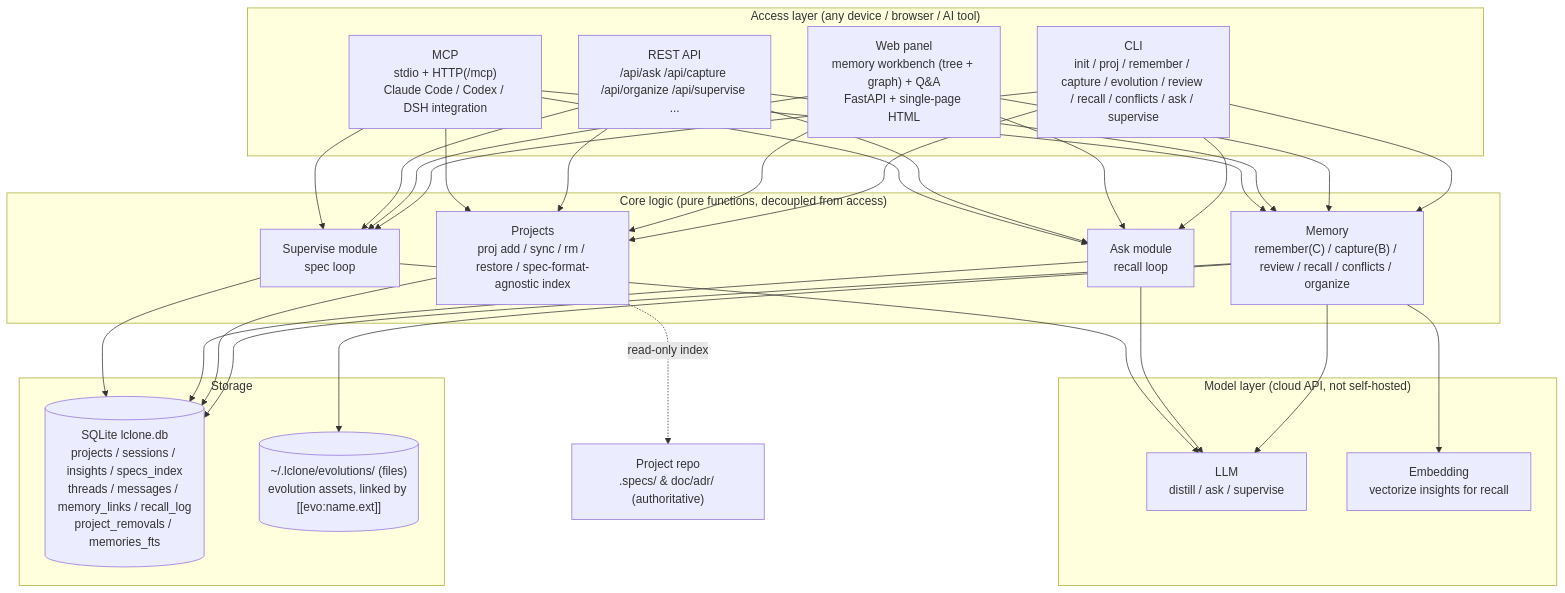
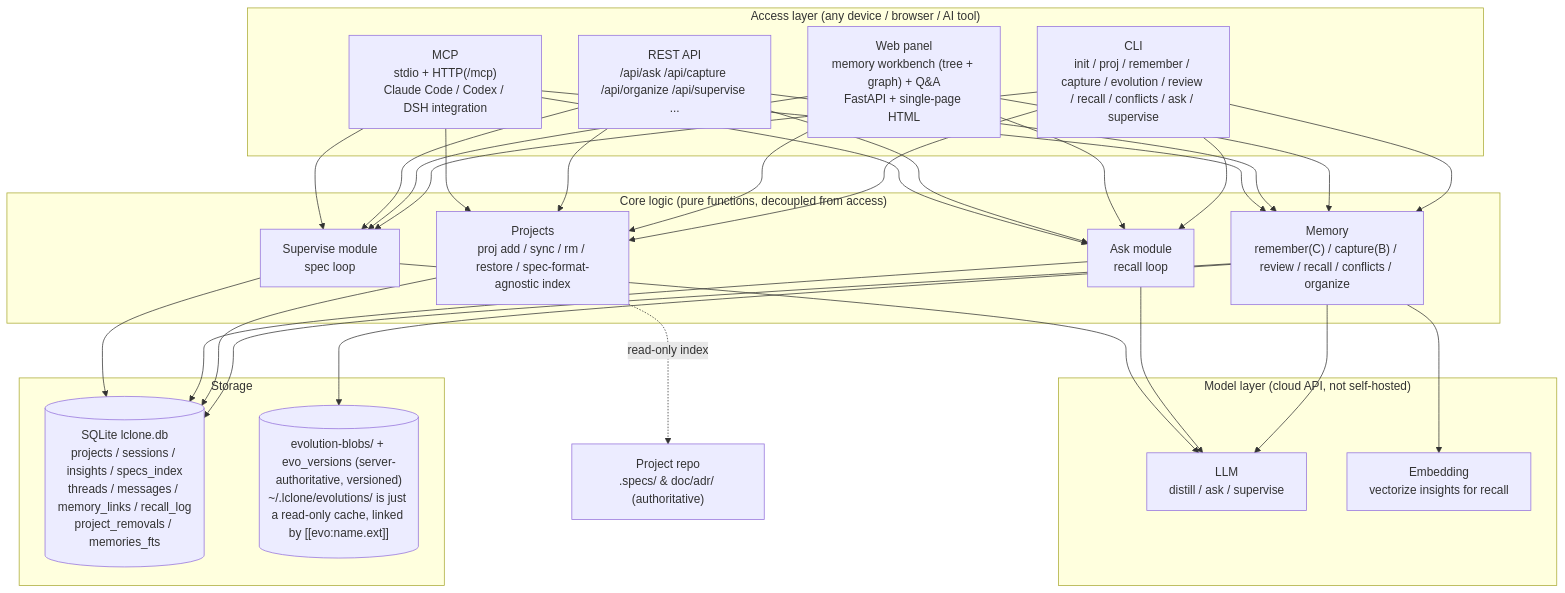
Before and after one commit to ljzRober/L-clone: the diagram in README.md, drawn with Mermaid. The commit also changed other lines of this file and 25 other files, not shown here.

````diff
--- a/README.md
+++ b/README.md
@@ -31,39 +31,39 @@
 ```mermaid
 flowchart TB
     subgraph 访问层["Access layer (any device / browser / AI tool)"]
         CLI["CLI<br/>init / proj / remember / capture / evolution / review / recall / conflicts / ask / supervise"]
         WEB["Web panel<br/>memory workbench (tree + graph) + Q&A<br/>FastAPI + single-page HTML"]
         API["REST API<br/>/api/ask /api/capture /api/organize /api/supervise ..."]
         MCP["MCP<br/>stdio + HTTP(/mcp)<br/>Claude Code / Codex / DSH integration"]
     end
 
     subgraph 核心["Core logic (pure functions, decoupled from access)"]
         MEM["Memory<br/>remember(C) / capture(B) / review / recall / conflicts / organize"]
         PROJ["Projects<br/>proj add / sync / rm / restore / spec-format-agnostic index"]
         CHAT["Ask module<br/>recall loop"]
         SUPE["Supervise module<br/>spec loop"]
     end
 
     subgraph 存储["Storage"]
         DB[("SQLite lclone.db<br/>projects / sessions / insights / specs_index<br/>threads / messages / memory_links / recall_log<br/>project_removals / memories_fts")]
-        EVO[("~/.lclone/evolutions/ (files)<br/>evolution assets, linked by [[evo:name.ext]]")]
+        EVO[("evolution-blobs/ + evo_versions (server-authoritative, versioned)<br/>~/.lclone/evolutions/ is just a read-only cache, linked by [[evo:name.ext]]")]
     end
 
     subgraph 模型["Model layer (cloud API, not self-hosted)"]
         LLM["LLM<br/>distill / ask / supervise"]
         EMB["Embedding<br/>vectorize insights for recall"]
     end
 
     CLI --> MEM & PROJ & CHAT & SUPE
     WEB --> MEM & PROJ & CHAT & SUPE
     API --> MEM & PROJ & CHAT & SUPE
     MCP --> MEM & PROJ & CHAT & SUPE
     MEM --> DB & EVO
     PROJ --> DB
     CHAT --> DB
     SUPE --> DB
     PROJ -. read-only index .-> REPO["Project repo<br/>.specs/ & doc/adr/ (authoritative)"]
     MEM --> EMB & LLM
     CHAT --> LLM
     SUPE --> LLM
 ```
````
